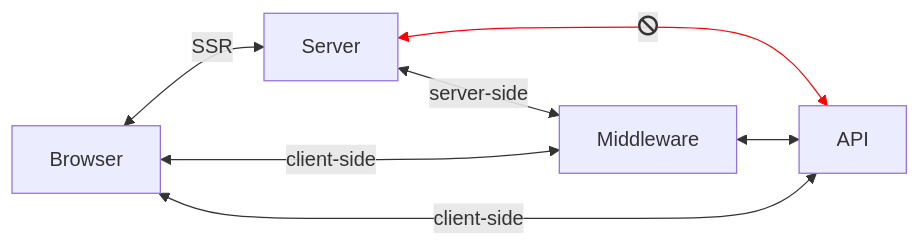
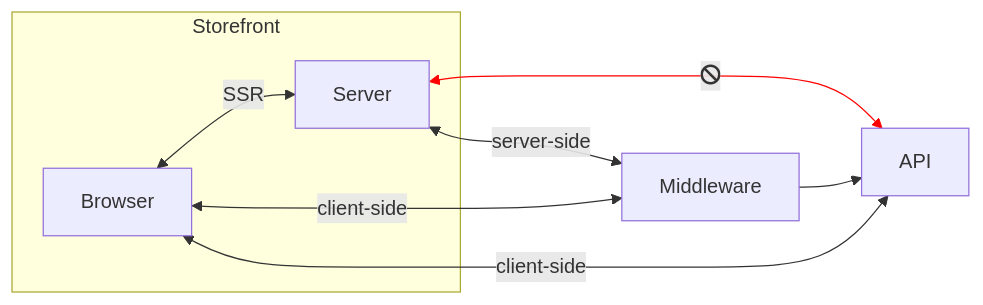
Before and after one commit to mateuszo/mermaid-viewer: the diagram in charts/strategies-alokai.mmd, drawn with Mermaid. The commit also changed 1 other file, not shown here.

Commit message:
add storefront subgraph

```diff
--- a/charts/strategies-alokai.mmd
+++ b/charts/strategies-alokai.mmd
@@ -1,9 +1,11 @@
 flowchart LR
+ subgraph s1["Storefront"]
     Browser["Browser"] <-- SSR --> Server["Server"]
+  end
     Server <-- "server-side" --> Middleware["Middleware"]
-    Server <-- "fa:fa-ban" --> API
-    Browser <-- "client-side" --> Middleware
-    Middleware <--> API["API"]
+    Server <-- "fa:fa-ban" --> API["API"]
+    Browser <-- "client-side" --> Middleware 
+    Middleware --> API
     Browser <-- "client-side" --> API
 
 linkStyle 2 stroke:red
```
